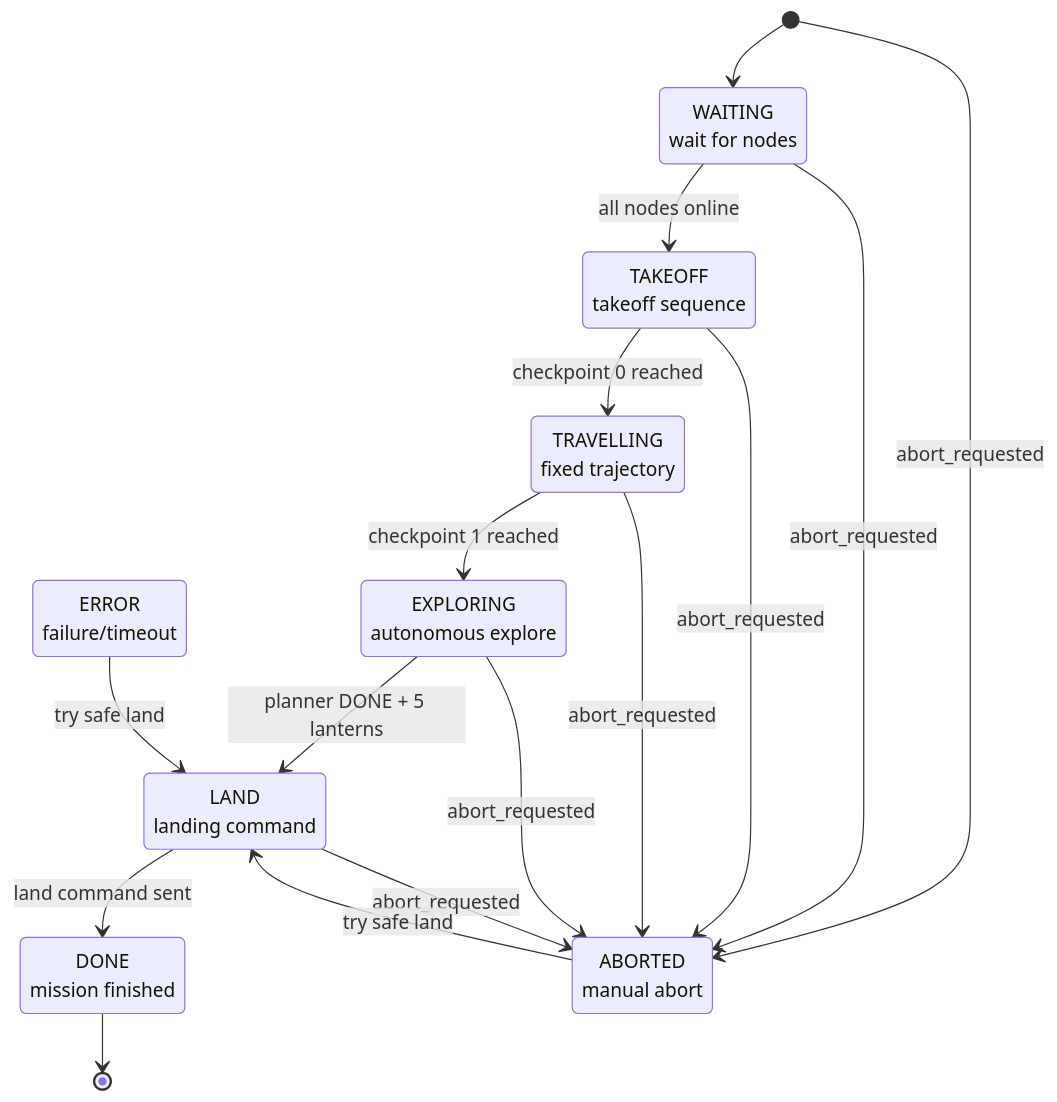
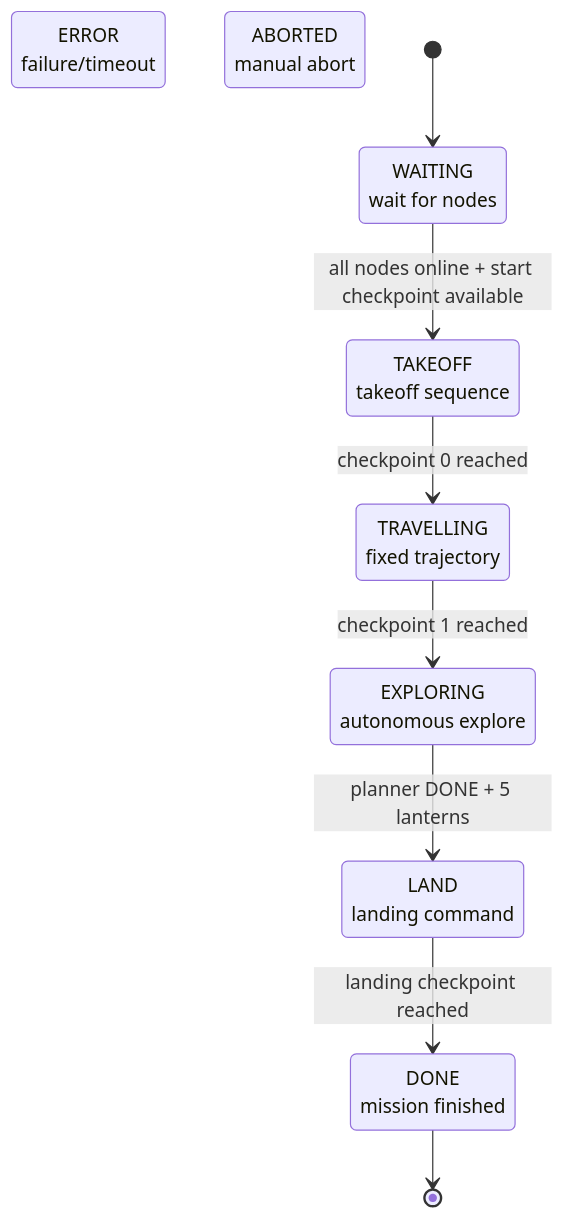
One commit to lkitzbichler/Autonomous-Systems-Sub-Terrain-Challenge-GR04 changed the fourth of 6 diagrams in README.md. Above: the diagram before and after it, drawn with Mermaid. The commit also changed other lines of this file and 32 other files, not shown here.

Commit message:
Implemented Landing like takeoff but with ray test for grounddistance. Added Heartbeatpublish to all needed nodes. Added command support to controller, basic_waypoint_pkg and path_planning_pkg. Updated Charts in readme

````diff
--- a/README.md
+++ b/README.md
@@ -410,32 +410,21 @@
 ```mermaid
 stateDiagram-v2
   state "WAITING<br>wait for nodes" as WAITING
   state "TAKEOFF<br>takeoff sequence" as TAKEOFF
   state "TRAVELLING<br>fixed trajectory" as TRAVELLING
   state "EXPLORING<br>autonomous explore" as EXPLORING
   state "LAND<br>landing command" as LAND
   state "DONE<br>mission finished" as DONE
   state "ERROR<br>failure/timeout" as ERROR
   state "ABORTED<br>manual abort" as ABORTED
 
   [*] --> WAITING
-  WAITING --> TAKEOFF: all nodes online
+  WAITING --> TAKEOFF: all nodes online + start checkpoint available
   TAKEOFF --> TRAVELLING: checkpoint 0 reached
   TRAVELLING --> EXPLORING: checkpoint 1 reached
   EXPLORING --> LAND: planner DONE + 5 lanterns
-  LAND --> DONE: land command sent
-
-  %% Optional global transitions
-  [*] --> ABORTED: abort_requested
-  WAITING --> ABORTED: abort_requested
-  TAKEOFF --> ABORTED: abort_requested
-  TRAVELLING --> ABORTED: abort_requested
-  EXPLORING --> ABORTED: abort_requested
-  LAND --> ABORTED: abort_requested
-
-  ERROR --> LAND: try safe land
-  ABORTED --> LAND: try safe land
+  LAND --> DONE: landing checkpoint reached
 
   DONE --> [*]
 
 ```
````
